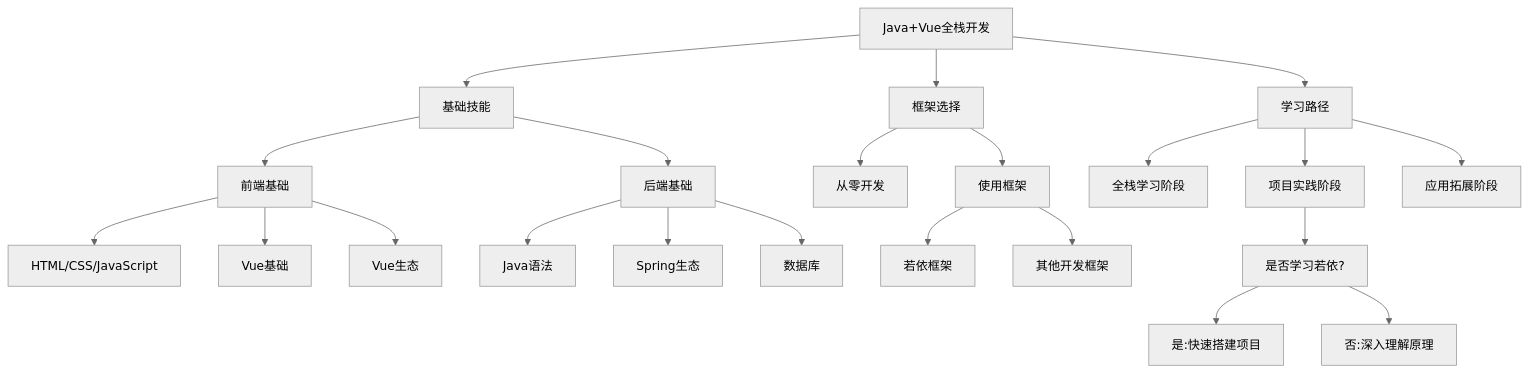
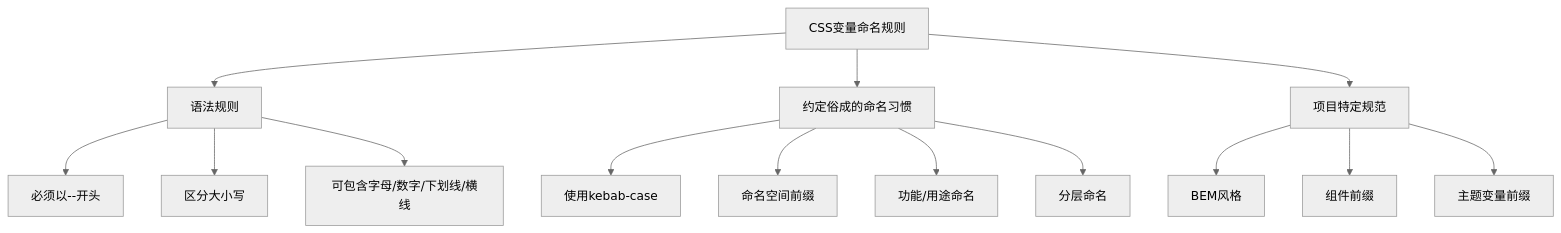
The diagram in znote/1.mmd (wcool1/tsVuesLearn), drawn with Mermaid (neutral theme) before and after one commit. The commit also changed 11 other files, not shown here.

```diff
--- a/znote/1.mmd
+++ b/znote/1.mmd
@@ -1,27 +1,17 @@
 flowchart TD
-    A[Java+Vue全栈开发] --> B[基础技能]
-    A --> C[框架选择]
-    A --> D[学习路径]
+    A[CSS变量命名规则] --> B[语法规则]
+    A --> C[约定俗成的命名习惯]
+    A --> D[项目特定规范]
     
-    B --> B1[前端基础]
-    B1 --> B1a[HTML/CSS/JavaScript]
-    B1 --> B1b[Vue基础]
-    B1 --> B1c[Vue生态]
+    B --> B1[必须以--开头]
+    B --> B2[区分大小写]
+    B --> B3[可包含字母/数字/下划线/横线]
     
-    B --> B2[后端基础]
-    B2 --> B2a[Java语法]
-    B2 --> B2b[Spring生态]
-    B2 --> B2c[数据库]
+    C --> C1[使用kebab-case]
+    C --> C2[命名空间前缀]
+    C --> C3[功能/用途命名]
+    C --> C4[分层命名]
     
-    C --> C1[从零开发]
-    C --> C2[使用框架]
-    C2 --> C2a[若依框架]
-    C2 --> C2b[其他开发框架]
-    
-    D --> D1[全栈学习阶段]
-    D --> D2[项目实践阶段]
-    D --> D3[应用拓展阶段]
-    
-    D2 --> D2a[是否学习若依?]
-    D2a --> D2b[是:快速搭建项目]
-    D2a --> D2c[否:深入理解原理]
+    D --> D1[BEM风格]
+    D --> D2[组件前缀]
+    D --> D3[主题变量前缀]
```
